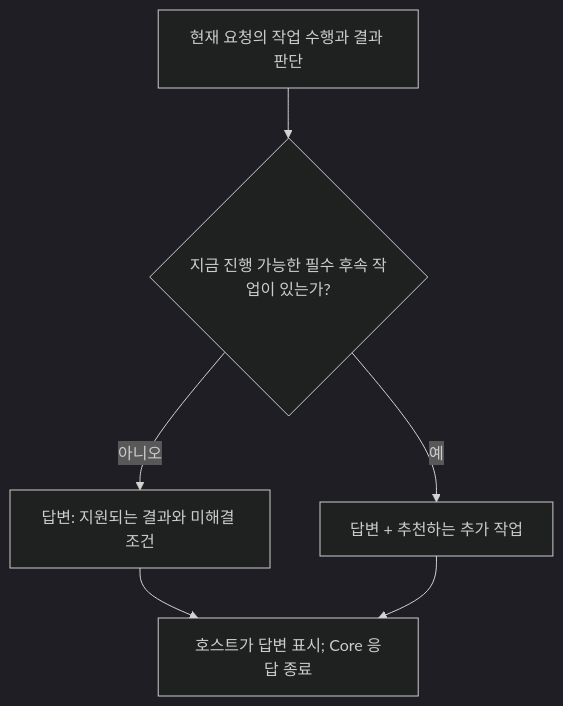
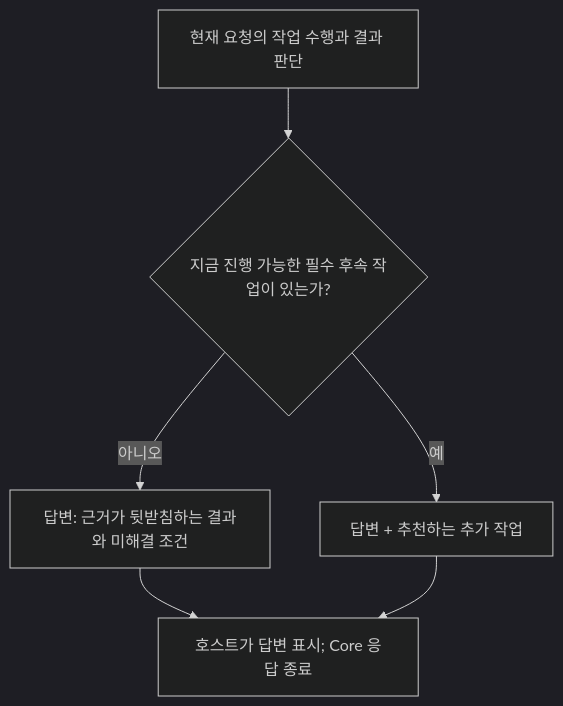
The fourth of 6 diagrams in architecture_ko.md (AidALL/ghost-alice), drawn with Mermaid (dark theme) before and after one commit. The commit also changed other lines of this file and 12 other files, not shown here.

````diff
--- a/architecture_ko.md
+++ b/architecture_ko.md
@@ -71,8 +128,8 @@
 ```mermaid
 flowchart TD
   R["현재 요청의 작업 수행과 결과 판단"] --> N{"지금 진행 가능한 필수 후속 작업이 있는가?"}
-  N -->|아니오| A["답변: 지원되는 결과와 미해결 조건"]
+  N -->|아니오| A["답변: 근거가 뒷받침하는 결과와 미해결 조건"]
   N -->|예| B["답변 + 추천하는 추가 작업"]
   A --> D["호스트가 답변 표시; Core 응답 종료"]
   B --> D
 ```
````
